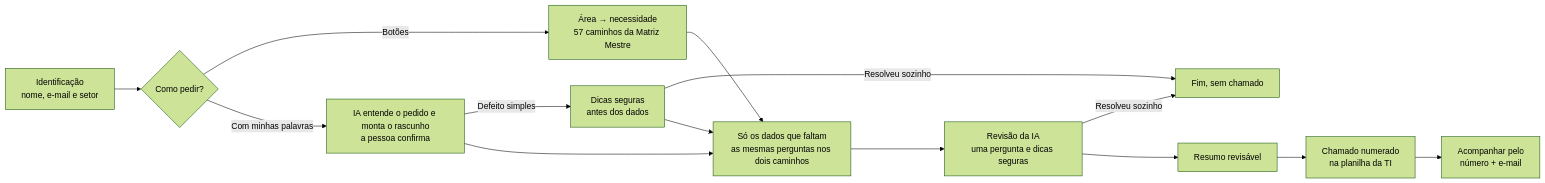
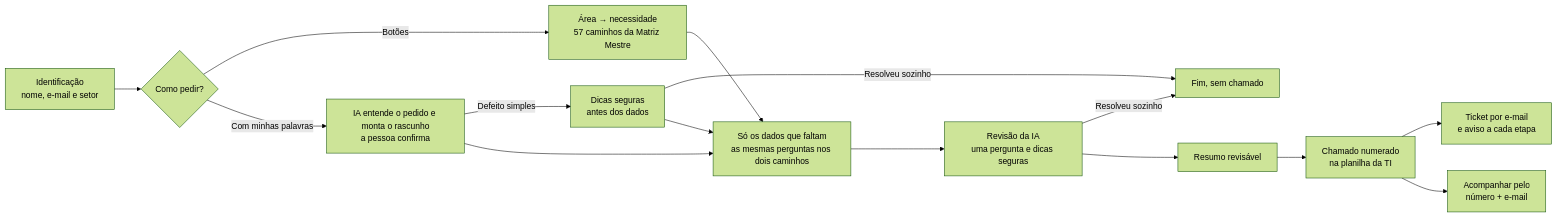
The first of 2 diagrams in README.md (AndyMarksss/Assistente-SmartDesk), drawn with Mermaid (forest theme) before and after one commit. The commit also changed other lines of this file and 49 other files, not shown here.

First line of the commit message:
feat: SmartDesk 0.13.0 ticket by e-mail and documentation review

````diff
--- a/README.md
+++ b/README.md
@@ -22,15 +22,16 @@
 ```mermaid
 flowchart LR
   A[Identificação<br/>nome, e-mail e setor] --> B{Como pedir?}
   B -->|Botões| C[Área → necessidade<br/>57 caminhos da Matriz Mestre]
   B -->|Com minhas palavras| D[IA entende o pedido e monta o rascunho<br/>a pessoa confirma]
   D -->|Defeito simples| T[Dicas seguras<br/>antes dos dados]
   T -->|Resolveu sozinho| G
   C --> E[Só os dados que faltam<br/>as mesmas perguntas nos dois caminhos]
   D --> E
   T --> E
   E --> F[Revisão da IA<br/>uma pergunta e dicas seguras]
   F -->|Resolveu sozinho| G[Fim, sem chamado]
   F --> H[Resumo revisável] --> I[Chamado numerado<br/>na planilha da TI]
+  I --> M[Ticket por e-mail<br/>e aviso a cada etapa]
   I --> J[Acompanhar pelo<br/>número + e-mail]
 ```
````
